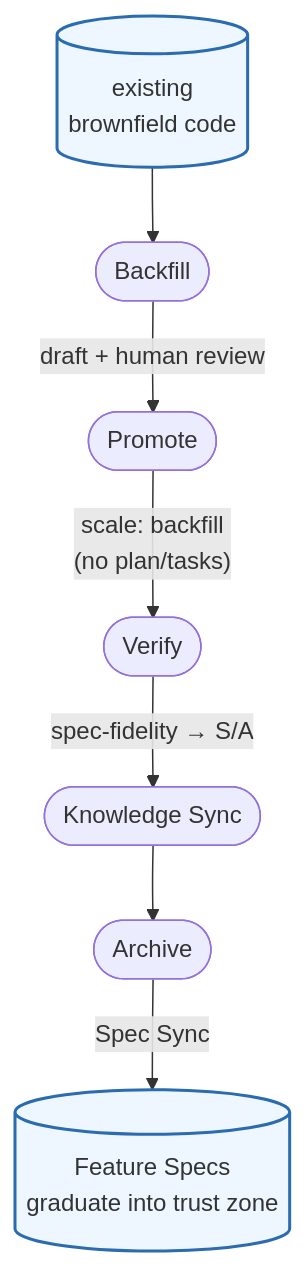
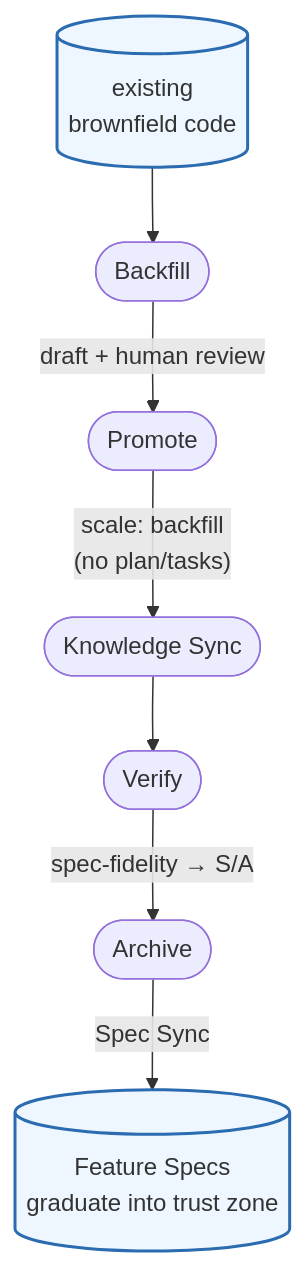
One commit to benwu95/prospec changed the second of 2 diagrams in README.md. Above: the diagram before and after it, drawn with Mermaid. The commit also changed other lines of this file and 29 other files, not shown here.

````diff
--- a/README.md
+++ b/README.md
@@ -641,9 +641,9 @@
 ```mermaid
 flowchart TD
-    CODE[("existing<br/>brownfield code")] --> BF([Backfill]) -- "draft + human review" --> PR([Promote]) -- "scale: backfill<br/>(no plan/tasks)" --> V([Verify]) -- "spec-fidelity → S/A" --> K([Knowledge Sync]) --> A([Archive])
+    CODE[("existing<br/>brownfield code")] --> BF([Backfill]) -- "draft + human review" --> PR([Promote]) -- "scale: backfill<br/>(no plan/tasks)" --> K([Knowledge Sync]) --> V([Verify]) -- "spec-fidelity → S/A" --> A([Archive])
 
     A -- Spec Sync --> FS[("Feature Specs<br/>graduate into trust zone")]
 
     classDef asset fill:#eef7ff,stroke:#2b6cb0,stroke-width:2px;
     class CODE,FS asset;
 ```
````
